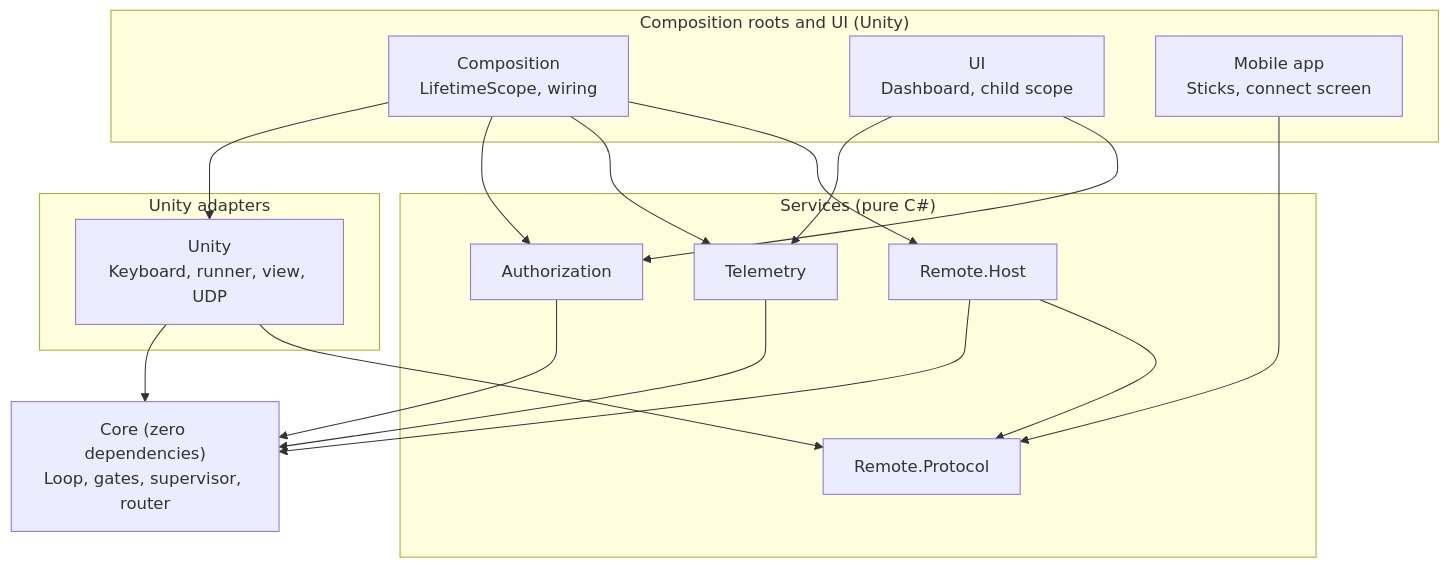
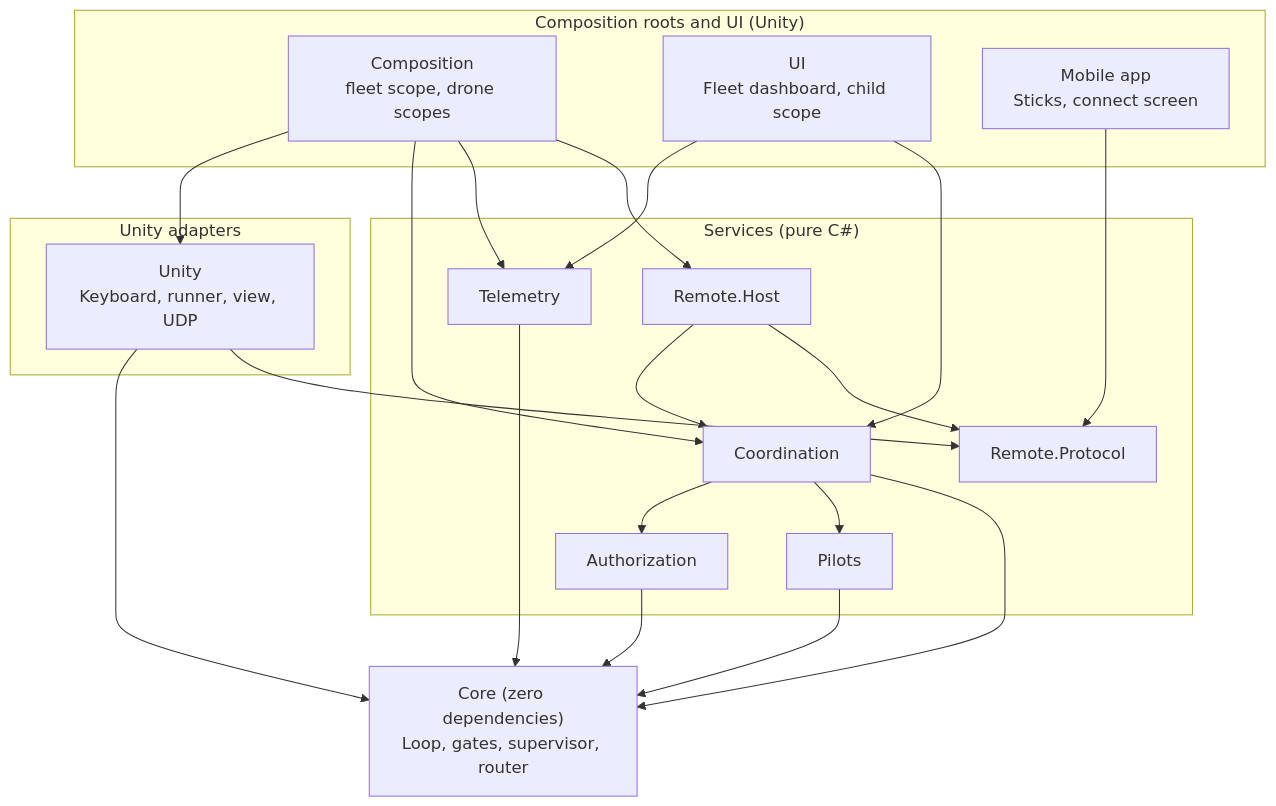
The first of 4 diagrams in Docs/Architecture.md (AlanKolic/DroneFlightModule), drawn with Mermaid before and after one commit. The commit also changed other lines of this file, not shown here.

Commit message:
Added pilot registry and flight coordinator to architecture

````diff
--- a/Docs/Architecture.md
+++ b/Docs/Architecture.md
@@ -22,27 +23,30 @@
 ```mermaid
 flowchart TB
     subgraph Roots["Composition roots and UI (Unity)"]
-        Comp["Composition<br/>LifetimeScope, wiring"]
-        UI["UI<br/>Dashboard, child scope"]
+        Comp["Composition<br/>fleet scope, drone scopes"]
+        UI["UI<br/>Fleet dashboard, child scope"]
         Mobile["Mobile app<br/>Sticks, connect screen"]
     end
     subgraph Adapters["Unity adapters"]
         Unity["Unity<br/>Keyboard, runner, view, UDP"]
     end
     subgraph Services["Services (pure C#)"]
+        Coord["Coordination"]
         Auth["Authorization"]
+        Pilots["Pilots"]
         Tele["Telemetry"]
         Host["Remote.Host"]
         Proto["Remote.Protocol"]
     end
     Core["Core (zero dependencies)<br/>Loop, gates, supervisor, router"]
 
-    Comp --> Unity & Auth & Tele & Host
-    UI --> Tele & Auth
+    Comp --> Unity & Coord & Tele & Host
+    UI --> Tele & Coord
     Mobile --> Proto
-    Unity --> Core
-    Unity --> Proto
+    Unity --> Core & Proto
+    Coord --> Auth & Pilots & Core
     Auth --> Core
+    Pilots --> Core
     Tele --> Core
-    Host --> Core & Proto
+    Host --> Coord & Proto
 ```
````
